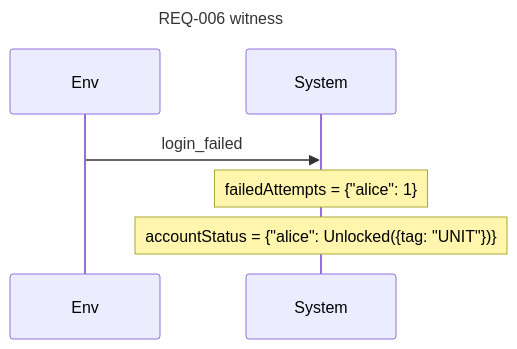
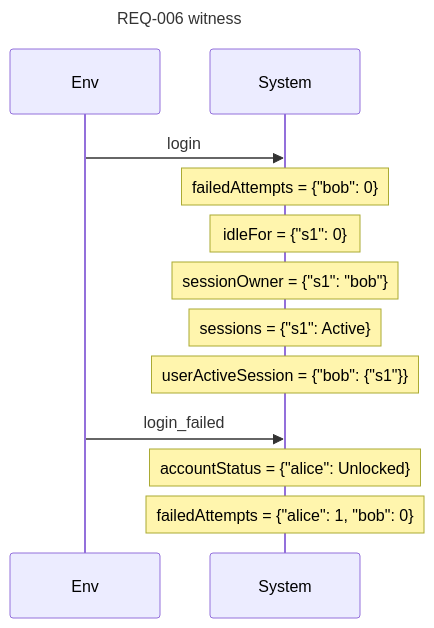
One commit to AlesKracik/quintessence changed the sixth of 8 diagrams in examples/specs/auth.readback.md. Above: the diagram before and after it, drawn with Mermaid. The commit also changed other lines of this file and 53 other files, not shown here.

````diff
--- a/examples/specs/auth.readback.md
+++ b/examples/specs/auth.readback.md
@@ -538,9 +545,15 @@
 ```mermaid
 sequenceDiagram
     title REQ-006 witness
     participant E as Env
     participant S as System
+    E->>S: login
+    Note over S: failedAttempts = {"bob": 0}
+    Note over S: idleFor = {"s1": 0}
+    Note over S: sessionOwner = {"s1": "bob"}
+    Note over S: sessions = {"s1": Active}
+    Note over S: userActiveSession = {"bob": {"s1"}}
     E->>S: login_failed
-    Note over S: failedAttempts = {"alice": 1}
-    Note over S: accountStatus = {"alice": Unlocked({tag: "UNIT"})}
+    Note over S: accountStatus = {"alice": Unlocked}
+    Note over S: failedAttempts = {"alice": 1, "bob": 0}
 ```
````
